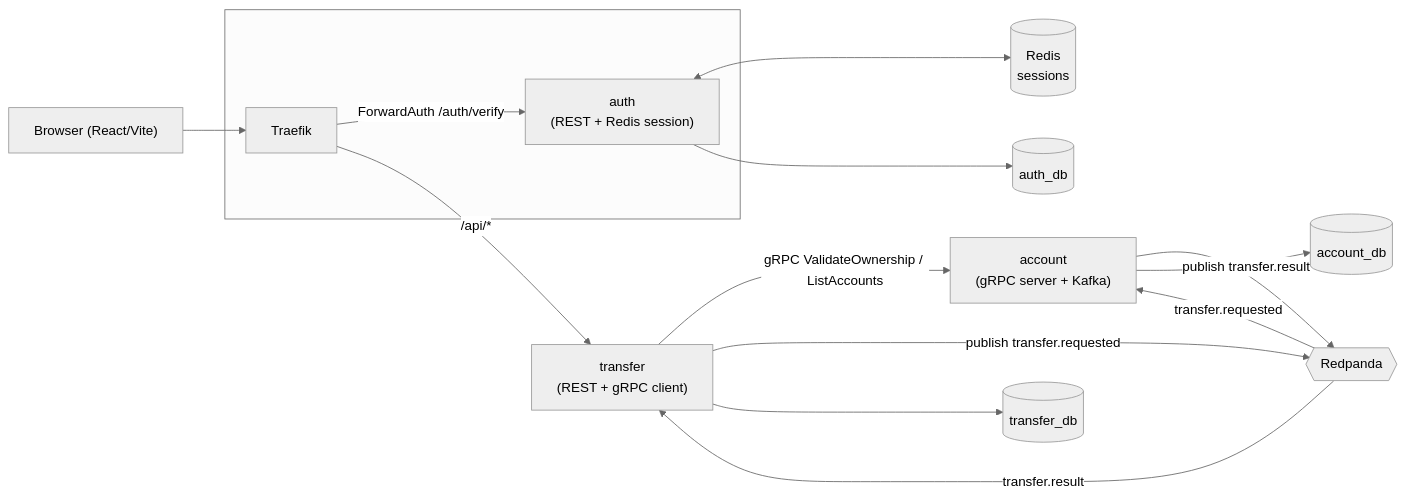
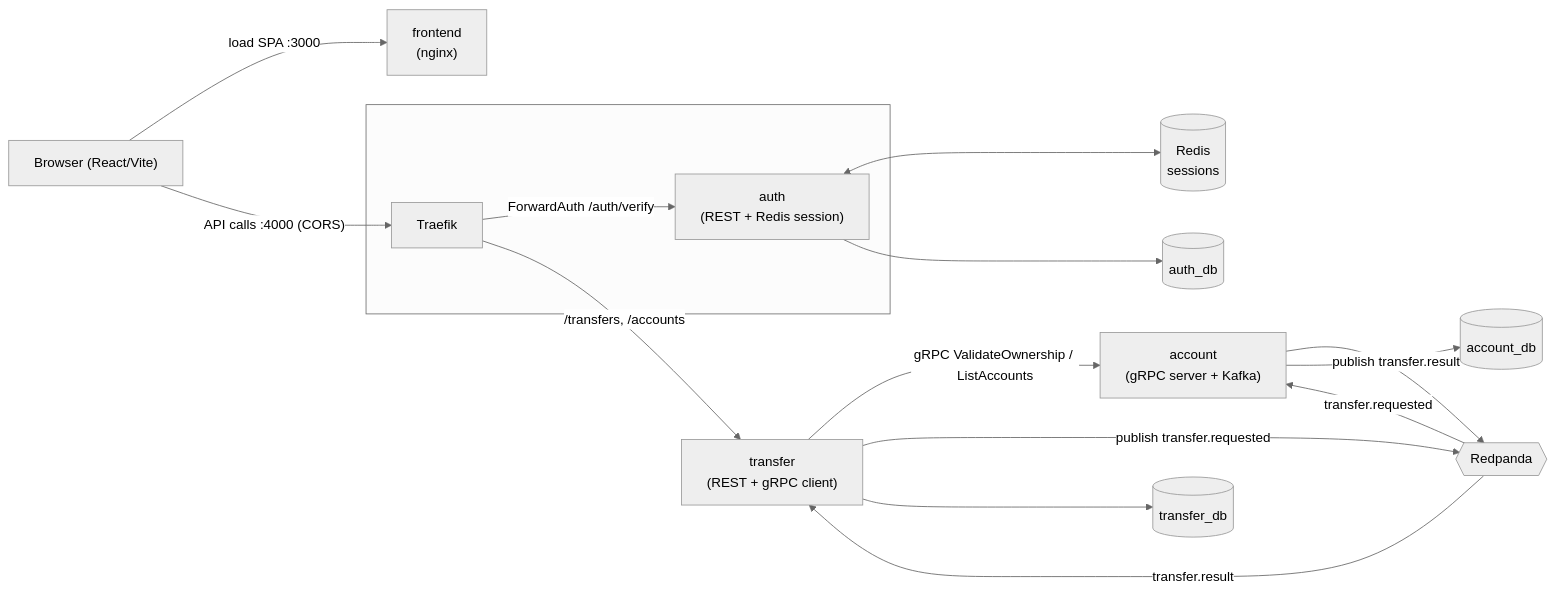
The first of 3 diagrams in README.md (Phathdt/fasttrans), drawn with Mermaid (neutral theme) before and after one commit. The commit also changed other lines of this file and 10 other files, not shown here.

````diff
--- a/README.md
+++ b/README.md
@@ -7,21 +7,22 @@
 ```mermaid
 flowchart LR
-    Browser["Browser (React/Vite)"] --> Traefik
+    Browser["Browser (React/Vite)"] -- "load SPA :3000" --> FE["frontend<br/>(nginx)"]
+    Browser -- "API calls :4000 (CORS)" --> Traefik
 
     subgraph gw[" "]
         Traefik -- "ForwardAuth /auth/verify" --> auth["auth<br/>(REST + Redis session)"]
     end
 
-    Traefik -- "/api/*" --> transfer["transfer<br/>(REST + gRPC client)"]
+    Traefik -- "/transfers, /accounts" --> transfer["transfer<br/>(REST + gRPC client)"]
     auth <--> Redis[("Redis<br/>sessions")]
 
     transfer -- "gRPC ValidateOwnership / ListAccounts" --> account["account<br/>(gRPC server + Kafka)"]
     transfer -- "publish transfer.requested" --> Redpanda{{Redpanda}}
     Redpanda -- "transfer.requested" --> account
     account -- "publish transfer.result" --> Redpanda
     Redpanda -- "transfer.result" --> transfer
 
     auth --> authdb[("auth_db")]
     transfer --> transferdb[("transfer_db")]
     account --> accountdb[("account_db")]
 ```
````
